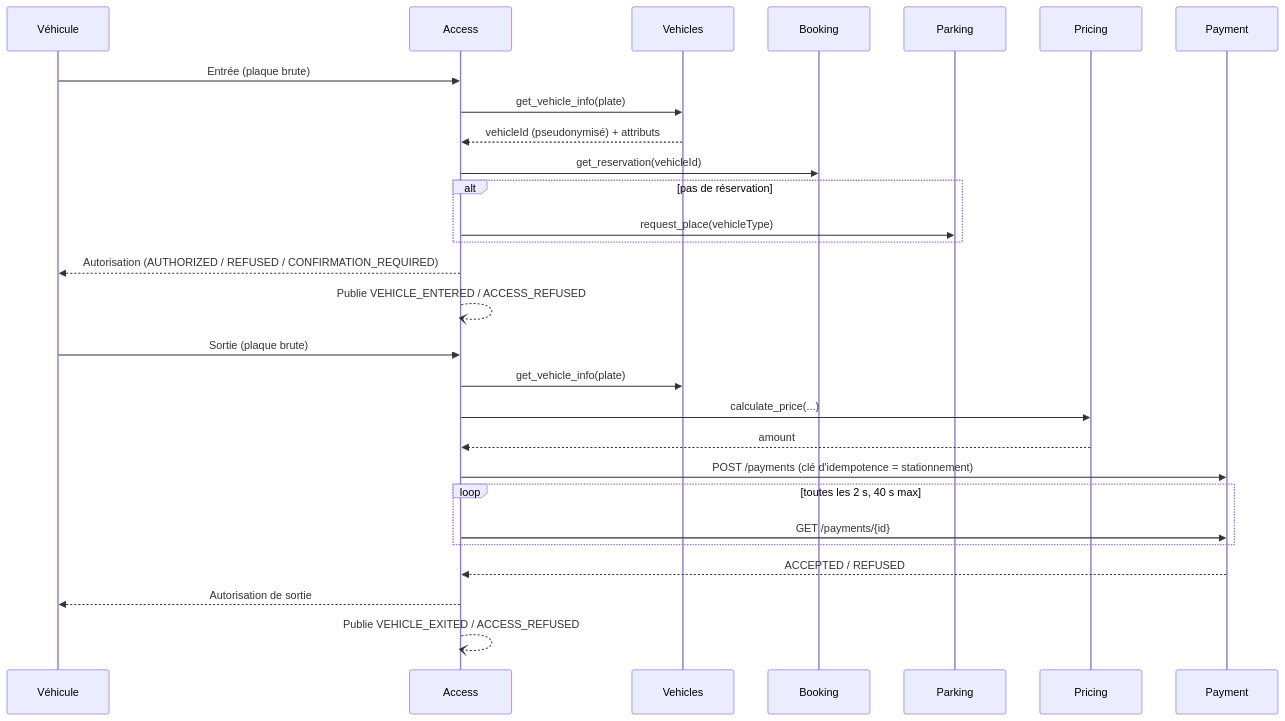
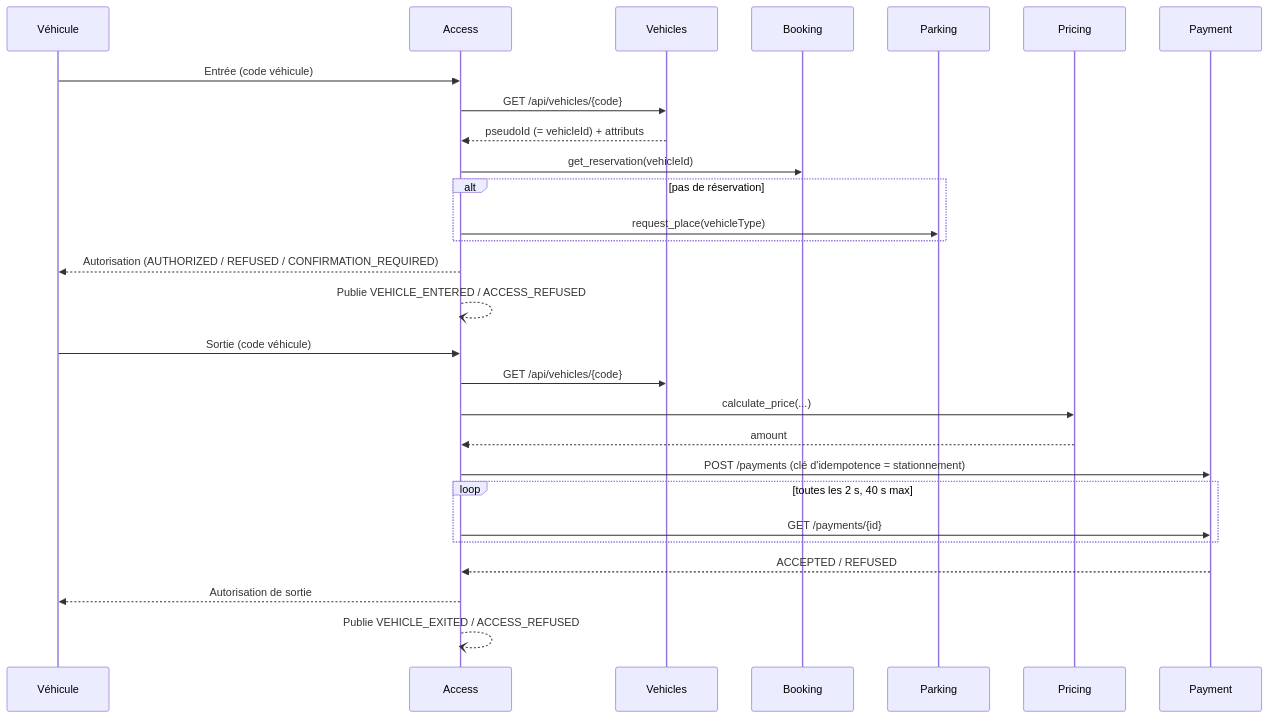
The diagram in README.md (DenisDMU/access-parking), drawn with Mermaid before and after one commit. The commit also changed other lines of this file and 27 other files, not shown here.

First line of the commit message:
feat(vehicles): branche le vrai service Vehicles (consultation par code)

````diff
--- a/README.md
+++ b/README.md
@@ -87,32 +87,32 @@
 ```mermaid
 sequenceDiagram
     participant V as Véhicule
     participant A as Access
     participant Ve as Vehicles
     participant B as Booking
     participant P as Parking
     participant Pr as Pricing
     participant Pa as Payment
 
-    V->>A: Entrée (plaque brute)
-    A->>Ve: get_vehicle_info(plate)
-    Ve-->>A: vehicleId (pseudonymisé) + attributs
+    V->>A: Entrée (code véhicule)
+    A->>Ve: GET /api/vehicles/{code}
+    Ve-->>A: pseudoId (= vehicleId) + attributs
     A->>B: get_reservation(vehicleId)
     alt pas de réservation
         A->>P: request_place(vehicleType)
     end
     A-->>V: Autorisation (AUTHORIZED / REFUSED / CONFIRMATION_REQUIRED)
     A--)A: Publie VEHICLE_ENTERED / ACCESS_REFUSED
 
-    V->>A: Sortie (plaque brute)
-    A->>Ve: get_vehicle_info(plate)
+    V->>A: Sortie (code véhicule)
+    A->>Ve: GET /api/vehicles/{code}
     A->>Pr: calculate_price(...)
     Pr-->>A: amount
     A->>Pa: POST /payments (clé d'idempotence = stationnement)
     loop toutes les 2 s, 40 s max
         A->>Pa: GET /payments/{id}
     end
     Pa-->>A: ACCEPTED / REFUSED
     A-->>V: Autorisation de sortie
     A--)A: Publie VEHICLE_EXITED / ACCESS_REFUSED
 ```
````
